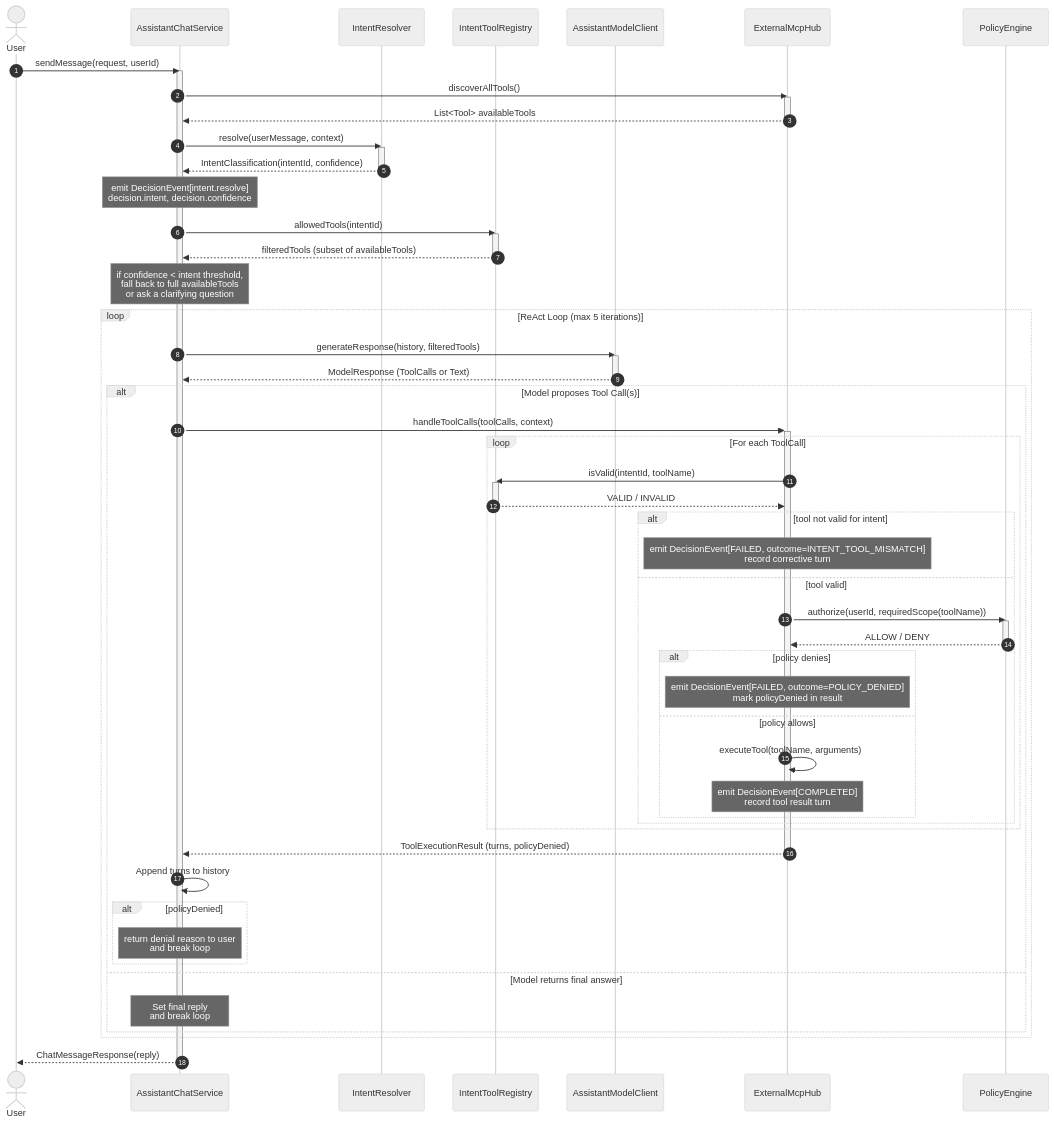
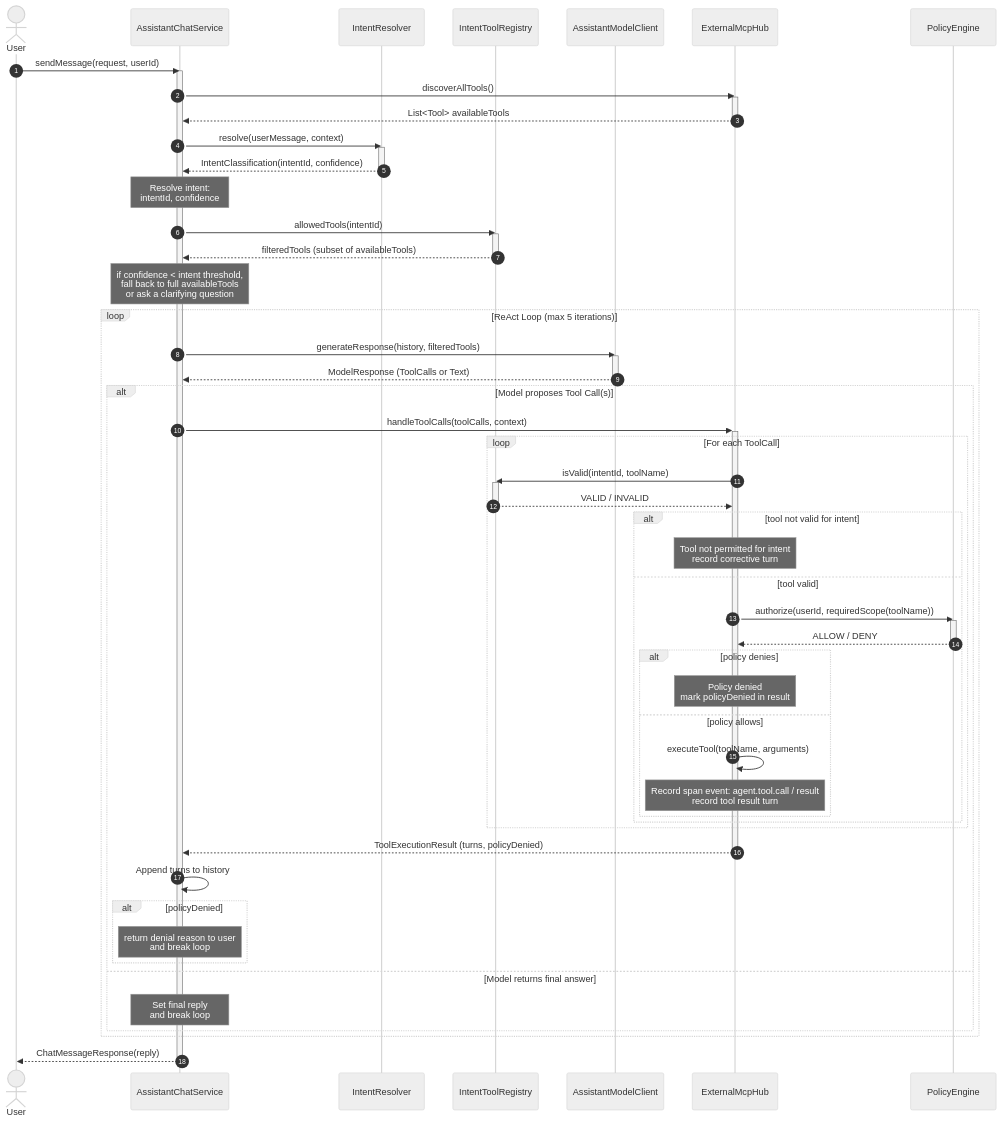
The diagram in src/java/03-Polaris/agent-sequence.md (vungdv/hometask1), drawn with Mermaid (neutral theme) before and after one commit. The commit also changed other lines of this file and 26 other files, not shown here.

Commit message:
refactor(assistant): restructure AssistantChatService

````diff
--- a/src/java/03-Polaris/agent-sequence.md
+++ b/src/java/03-Polaris/agent-sequence.md
@@ -7,77 +7,77 @@
 ```mermaid
 sequenceDiagram
     autonumber
     actor User
     participant ChatService as AssistantChatService
     participant IntentSvc as IntentResolver
     participant Registry as IntentToolRegistry
     participant ModelClient as AssistantModelClient
     participant McpHub as ExternalMcpHub
     participant Policy as PolicyEngine
 
     User->>ChatService: sendMessage(request, userId)
     activate ChatService
 
     %% 1. Discover available tools
     ChatService->>McpHub: discoverAllTools()
     activate McpHub
     McpHub-->>ChatService: List<Tool> availableTools
     deactivate McpHub
 
     %% 2. Resolve intent once per turn
     ChatService->>IntentSvc: resolve(userMessage, context)
     activate IntentSvc
     IntentSvc-->>ChatService: IntentClassification(intentId, confidence)
     deactivate IntentSvc
-    Note over ChatService: emit DecisionEvent[intent.resolve]<br/>decision.intent, decision.confidence
+    Note over ChatService: Resolve intent:<br/>intentId, confidence
 
     ChatService->>Registry: allowedTools(intentId)
     activate Registry
     Registry-->>ChatService: filteredTools (subset of availableTools)
     deactivate Registry
     Note over ChatService: if confidence < intent threshold,<br/>fall back to full availableTools<br/>or ask a clarifying question
 
     %% 3. ReAct execution loop
     loop ReAct Loop (max 5 iterations)
         ChatService->>ModelClient: generateResponse(history, filteredTools)
         activate ModelClient
         ModelClient-->>ChatService: ModelResponse (ToolCalls or Text)
         deactivate ModelClient
 
         alt Model proposes Tool Call(s)
             ChatService->>+McpHub: handleToolCalls(toolCalls, context)
             loop For each ToolCall
                 McpHub->>Registry: isValid(intentId, toolName)
                 activate Registry
                 Registry-->>McpHub: VALID / INVALID
                 deactivate Registry
 
                 alt tool not valid for intent
-                    Note over McpHub: emit DecisionEvent[FAILED, outcome=INTENT_TOOL_MISMATCH]<br/>record corrective turn
+                    Note over McpHub: Tool not permitted for intent<br/>record corrective turn
                 else tool valid
                     McpHub->>Policy: authorize(userId, requiredScope(toolName))
                     activate Policy
                     Policy-->>McpHub: ALLOW / DENY
                     deactivate Policy
 
                     alt policy denies
-                        Note over McpHub: emit DecisionEvent[FAILED, outcome=POLICY_DENIED]<br/>mark policyDenied in result
+                        Note over McpHub: Policy denied<br/>mark policyDenied in result
                     else policy allows
                         McpHub->>McpHub: executeTool(toolName, arguments)
-                        Note over McpHub: emit DecisionEvent[COMPLETED]<br/>record tool result turn
+                        Note over McpHub: Record span event: agent.tool.call / result<br/>record tool result turn
                     end
                 end
             end
             McpHub-->>-ChatService: ToolExecutionResult (turns, policyDenied)
             ChatService->>ChatService: Append turns to history
             alt policyDenied
                 Note over ChatService: return denial reason to user<br/>and break loop
             end
         else Model returns final answer
             Note over ChatService: Set final reply<br/>and break loop
         end
     end
 
     ChatService-->>User: ChatMessageResponse(reply)
     deactivate ChatService
 ```
````
